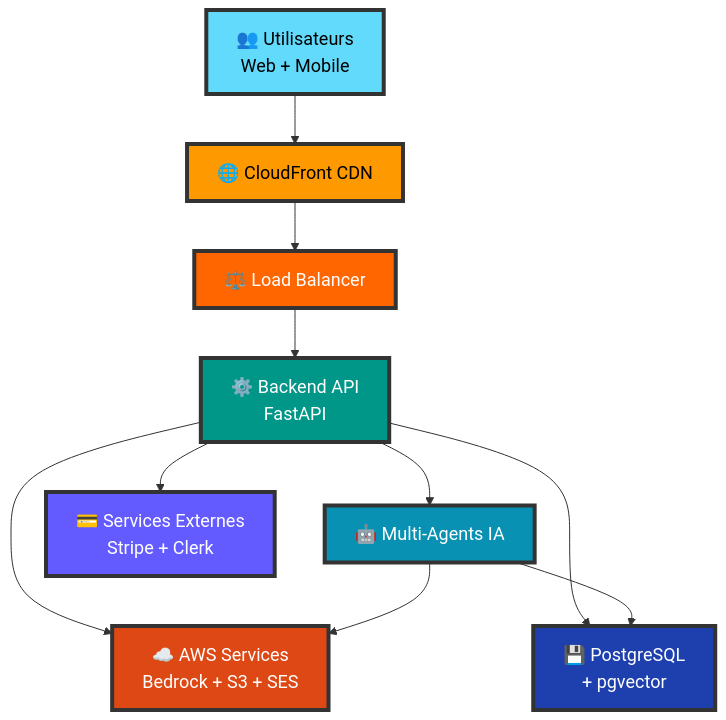
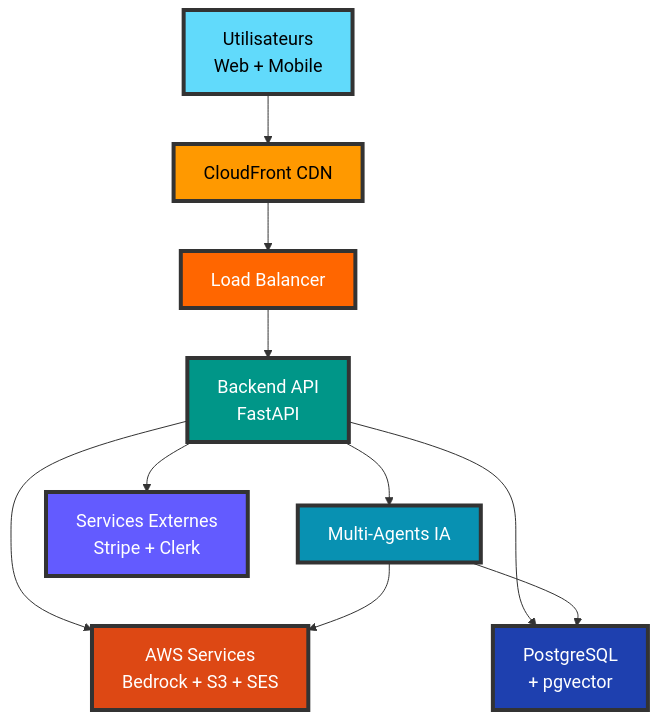
One commit to inskillflow/awsbedrock-demo-1-inmemory changed diagram 12 of 24 in documentation/00-ARCHITECTURE.md. Above: the diagram before and after it, drawn with Mermaid. The commit also changed other lines of this file, not shown here.

First line of the commit message:
refactor: simplification des diagrammes - retrait des emojis

````diff
--- a/documentation/00-ARCHITECTURE.md
+++ b/documentation/00-ARCHITECTURE.md
@@ -686,30 +686,30 @@
 ```mermaid
 flowchart TD
-    Users[👥 Utilisateurs<br/>Web + Mobile]
-    CDN[🌐 CloudFront CDN]
-    LB[⚖️ Load Balancer]
-    App[⚙️ Backend API<br/>FastAPI]
-    Agents[🤖 Multi-Agents IA]
-    DB[💾 PostgreSQL<br/>+ pgvector]
-    AWS[☁️ AWS Services<br/>Bedrock + S3 + SES]
-    External[💳 Services Externes<br/>Stripe + Clerk]
+    Users[Utilisateurs<br/>Web + Mobile]
+    CDN[CloudFront CDN]
+    LB[Load Balancer]
+    App[Backend API<br/>FastAPI]
+    Agents[Multi-Agents IA]
+    DB[PostgreSQL<br/>+ pgvector]
+    AWS[AWS Services<br/>Bedrock + S3 + SES]
+    External[Services Externes<br/>Stripe + Clerk]
     
     Users --> CDN
     CDN --> LB
     LB --> App
     App --> Agents
     App --> DB
     App --> AWS
     App --> External
     Agents --> AWS
     Agents --> DB
     
     style Users fill:#61DAFB,stroke:#333,stroke-width:4px,color:#000,font-size:18px
     style CDN fill:#FF9900,stroke:#333,stroke-width:4px,color:#000,font-size:18px
     style LB fill:#FF6600,stroke:#333,stroke-width:4px,color:#fff,font-size:18px
     style App fill:#009688,stroke:#333,stroke-width:4px,color:#fff,font-size:18px
     style Agents fill:#0891B2,stroke:#333,stroke-width:4px,color:#fff,font-size:18px
     style DB fill:#1E40AF,stroke:#333,stroke-width:4px,color:#fff,font-size:18px
     style AWS fill:#DD4814,stroke:#333,stroke-width:4px,color:#fff,font-size:18px
     style External fill:#635BFF,stroke:#333,stroke-width:4px,color:#fff,font-size:18px
 ```
````
